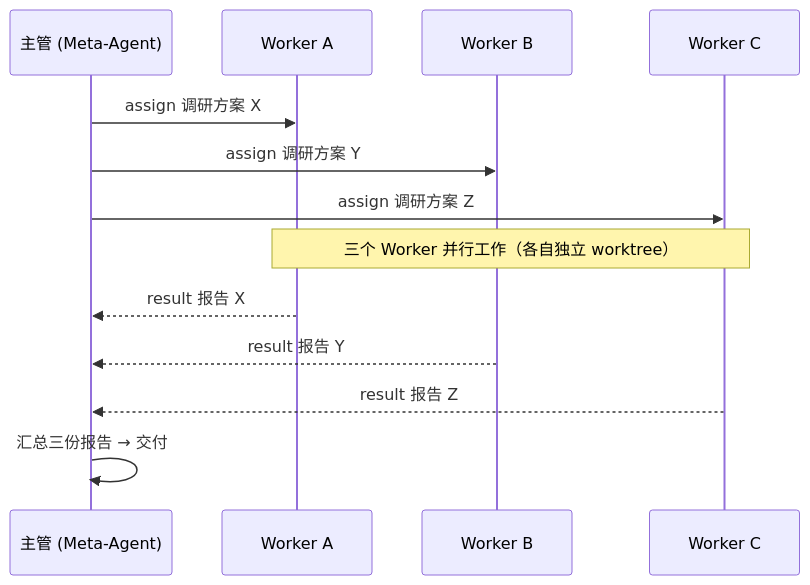
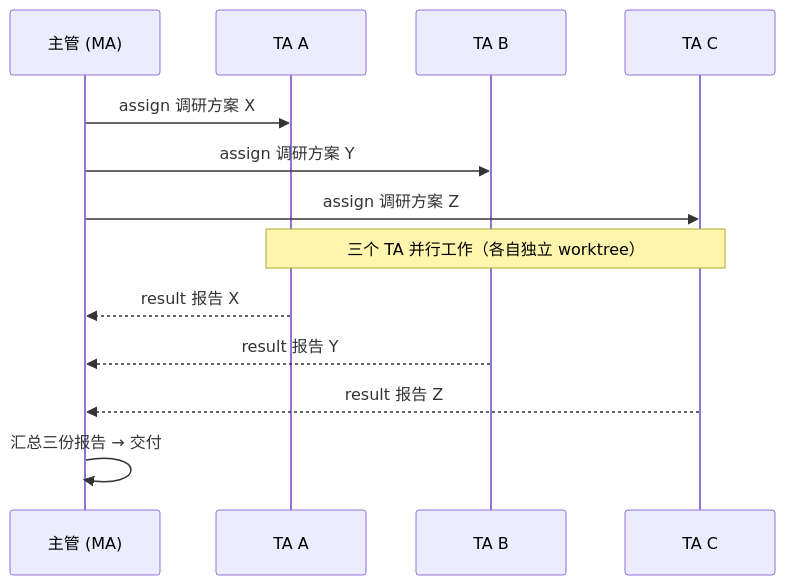
Before and after one commit to AblazeGHR/pan: the diagram in README.md, drawn with Mermaid. The commit also changed other lines of this file and 9 other files, not shown here.

````diff
--- a/README.md
+++ b/README.md
@@ -155,15 +156,15 @@
 ```mermaid
 sequenceDiagram
-    participant Meta as 主管 (Meta-Agent)
-    participant A as Worker A
-    participant B as Worker B
-    participant C as Worker C
+    participant Meta as 主管 (MA)
+    participant A as TA A
+    participant B as TA B
+    participant C as TA C
     Meta->>A: assign 调研方案 X
     Meta->>B: assign 调研方案 Y
     Meta->>C: assign 调研方案 Z
-    Note over A,C: 三个 Worker 并行工作（各自独立 worktree）
+    Note over A,C: 三个 TA 并行工作（各自独立 worktree）
     A-->>Meta: result 报告 X
     B-->>Meta: result 报告 Y
     C-->>Meta: result 报告 Z
     Meta->>Meta: 汇总三份报告 → 交付
 ```
````
